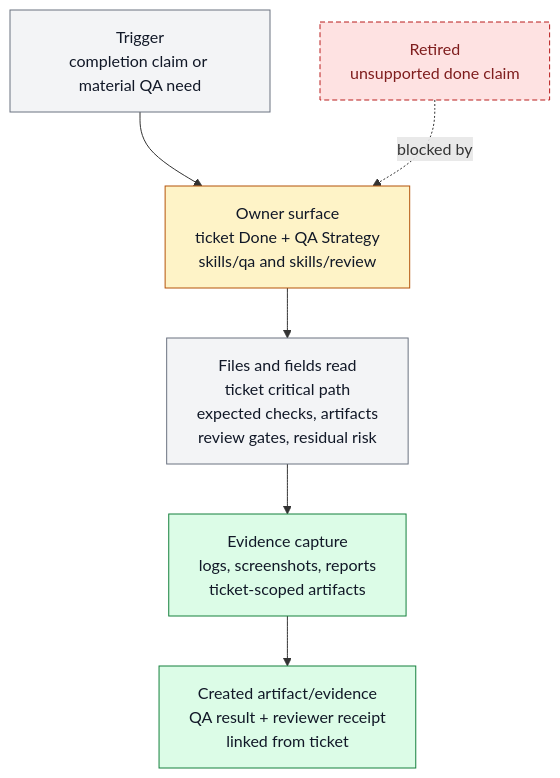
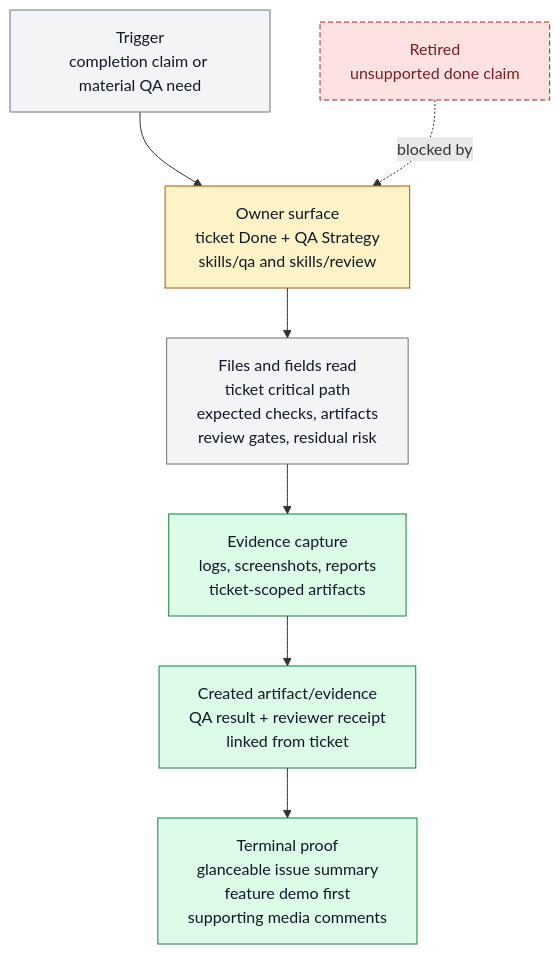
The diagram in docs/features/FEAT-0008-artifact-first-qa-and-completion-proof.md (ZanarkandTechnologies/Farplane), drawn with Mermaid before and after one commit. The commit also changed other lines of this file and 12 other files, not shown here.

````diff
--- a/docs/features/FEAT-0008-artifact-first-qa-and-completion-proof.md
+++ b/docs/features/FEAT-0008-artifact-first-qa-and-completion-proof.md
@@ -116,17 +133,18 @@
 ```mermaid
 flowchart TD
   classDef keep fill:#f3f4f6,stroke:#6b7280,color:#111827
   classDef changed fill:#fef3c7,stroke:#b45309,color:#111827
   classDef added fill:#dcfce7,stroke:#15803d,color:#111827
   classDef retired fill:#fee2e2,stroke:#b91c1c,color:#7f1d1d,stroke-dasharray: 5 3
 
   trigger["Trigger<br/>completion claim or material QA need"]:::keep
   owner["Owner surface<br/>ticket Done + QA Strategy<br/>skills/qa and skills/review"]:::changed
   readers["Files and fields read<br/>ticket critical path<br/>expected checks, artifacts<br/>review gates, residual risk"]:::keep
   evidence["Evidence capture<br/>logs, screenshots, reports<br/>ticket-scoped artifacts"]:::added
   artifact["Created artifact/evidence<br/>QA result + reviewer receipt<br/>linked from ticket"]:::added
+  terminal["Terminal proof<br/>glanceable issue summary<br/>feature demo first<br/>supporting media comments"]:::added
   old["Retired<br/>unsupported done claim"]:::retired
 
-  trigger --> owner --> readers --> evidence --> artifact
+  trigger --> owner --> readers --> evidence --> artifact --> terminal
   old -. blocked by .-> owner
 ```
````
